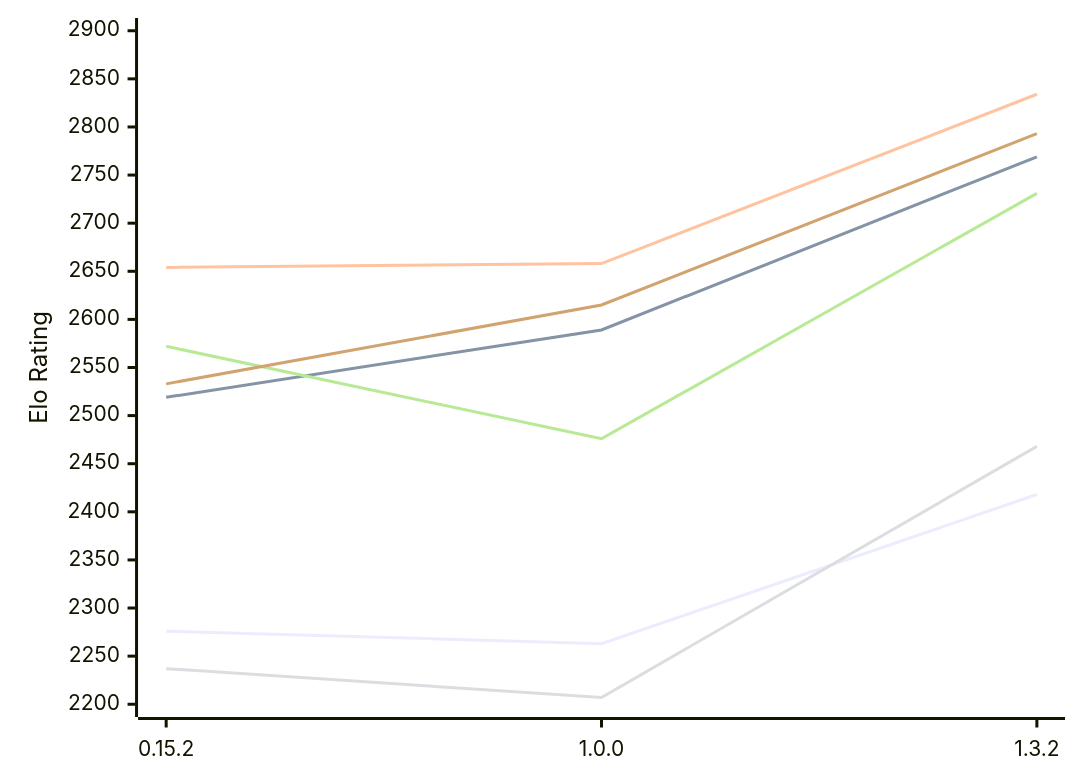
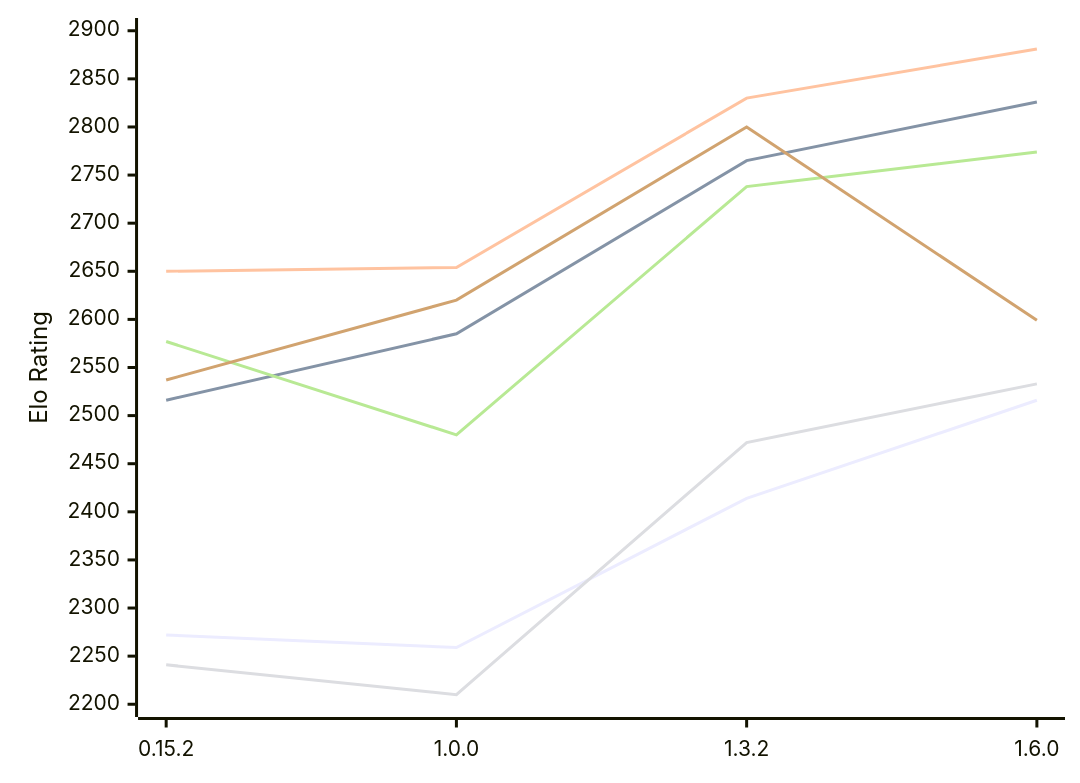
Before and after one commit to computer-chess-index/cci: the diagram in engines/ElephantGambit.md, drawn with Mermaid. The commit also changed other lines of this file, not shown here.

Commit message:
Update CCI Ratings (ELO VLTC) - 2026-11-21

````diff
--- a/engines/ElephantGambit.md
+++ b/engines/ElephantGambit.md
@@ -52,12 +54,12 @@
 ```mermaid
 %%{init: {"theme":"base","themeVariables":{"seriesColors:['#a3a3a3','#222221','#faa371']}}}%%
 xychart-beta
-  x-axis ["0.15.2", "1.0.0", "1.3.2"]
+  x-axis ["0.15.2", "1.0.0", "1.3.2", "1.6.0"]
   y-axis "Elo Rating" 2200 --> 2900
-  line "E1: STC (8.0+0.08s)" [2276, 2263, 2418]
-  line "E1: LTC (60.0+0.60s)" [2519, 2589, 2769]
-  line "E1: VLTC (2m24s+1.12s)" [2654, 2658, 2834]
-  line "P1: STC (8.0+0.08s)" [2237, 2207, 2468]
-  line "P1: LTC (60.0+0.60s)" [2572, 2476, 2731]
-  line "P1: VLTC (2m24s+1.12s)" [2533, 2615, 2793]
+  line "E1: STC (8.0+0.08s)" [2272, 2259, 2414, 2516]
+  line "E1: LTC (60.0+0.60s)" [2516, 2585, 2765, 2826]
+  line "E1: VLTC (2m24s+1.12s)" [2650, 2654, 2830, 2881]
+  line "P1: STC (8.0+0.08s)" [2241, 2210, 2472, 2533]
+  line "P1: LTC (60.0+0.60s)" [2577, 2480, 2738, 2774]
+  line "P1: VLTC (2m24s+1.12s)" [2537, 2620, 2800, 2599]
 ```
````
